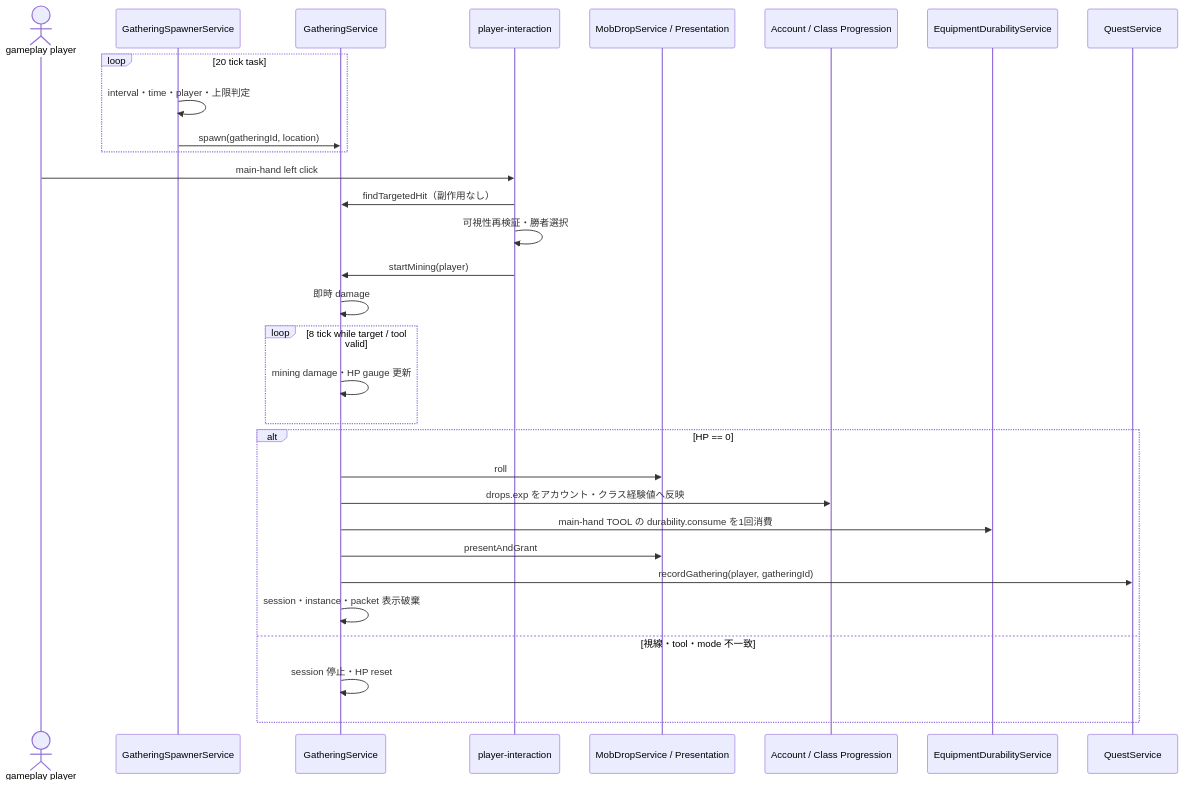
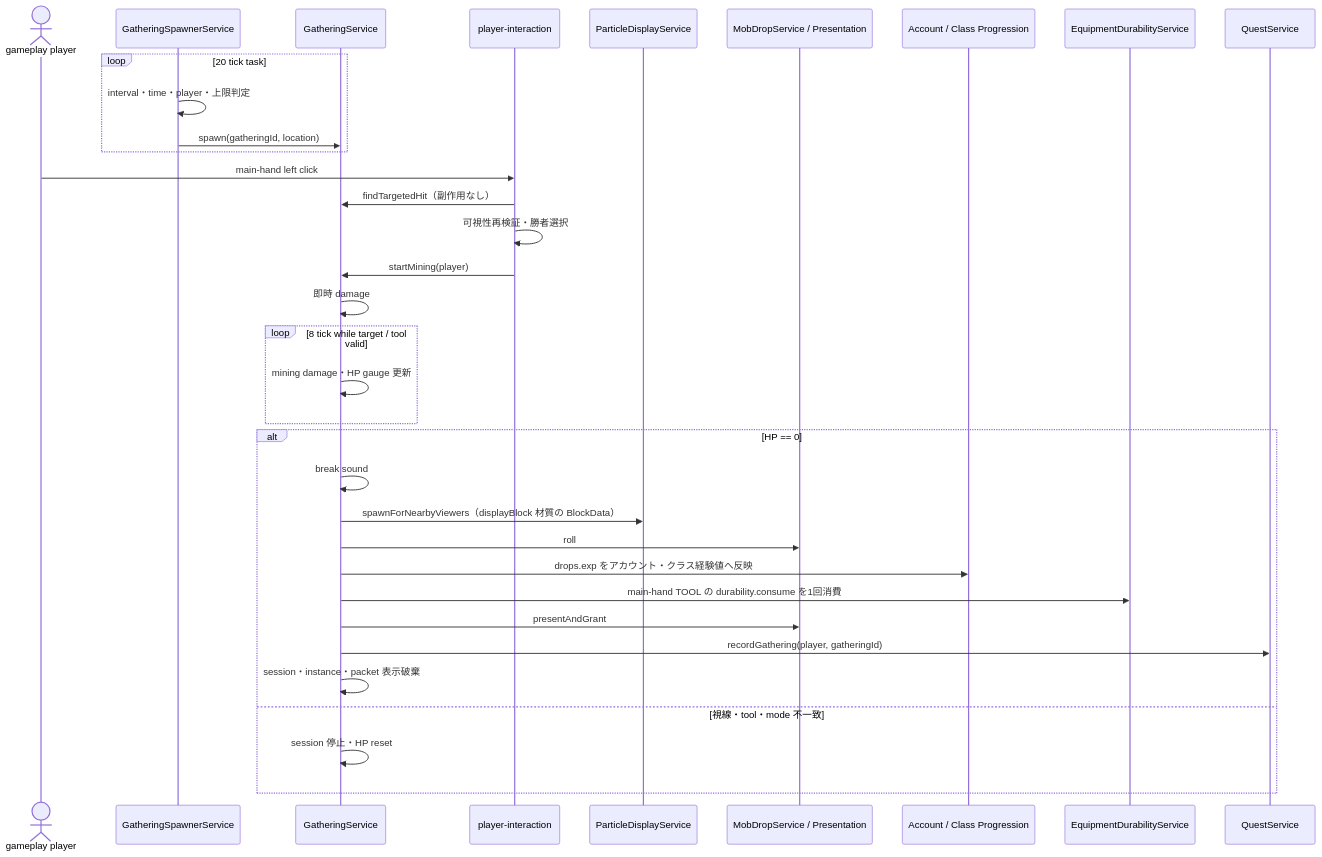
One commit to maaasu/AstralRecord-Workspace changed the seventh of 7 diagrams in 00_docs/10_Plugin設計書/feature/12-mob/12_4-統合フロー.md. Above: the diagram before and after it, drawn with Mermaid. The commit also changed other lines of this file and 6 other files, not shown here.

````diff
--- a/00_docs/10_Plugin設計書/feature/12-mob/12_4-統合フロー.md
+++ b/00_docs/10_Plugin設計書/feature/12-mob/12_4-統合フロー.md
@@ -203,34 +203,37 @@
 ```mermaid
 sequenceDiagram
     actor Player as gameplay player
     participant Spawner as GatheringSpawnerService
     participant Gather as GatheringService
     participant Input as player-interaction
+    participant Particle as ParticleDisplayService
     participant Drop as MobDropService / Presentation
     participant Progression as Account / Class Progression
     participant Durability as EquipmentDurabilityService
     participant Quest as QuestService
 
     loop 20 tick task
         Spawner->>Spawner: interval・time・player・上限判定
         Spawner->>Gather: spawn(gatheringId, location)
     end
     Player->>Input: main-hand left click
     Input->>Gather: findTargetedHit（副作用なし）
     Input->>Input: 可視性再検証・勝者選択
     Input->>Gather: startMining(player)
     Gather->>Gather: 即時 damage
     loop 8 tick while target / tool valid
         Gather->>Gather: mining damage・HP gauge 更新
     end
     alt HP == 0
+        Gather->>Gather: break sound
+        Gather->>Particle: spawnForNearbyViewers（displayBlock 材質の BlockData）
         Gather->>Drop: roll
         Gather->>Progression: drops.exp をアカウント・クラス経験値へ反映
         Gather->>Durability: main-hand TOOL の durability.consume を1回消費
         Gather->>Drop: presentAndGrant
         Gather->>Quest: recordGathering(player, gatheringId)
         Gather->>Gather: session・instance・packet 表示破棄
     else 視線・tool・mode 不一致
         Gather->>Gather: session 停止・HP reset
     end
 ```
````
